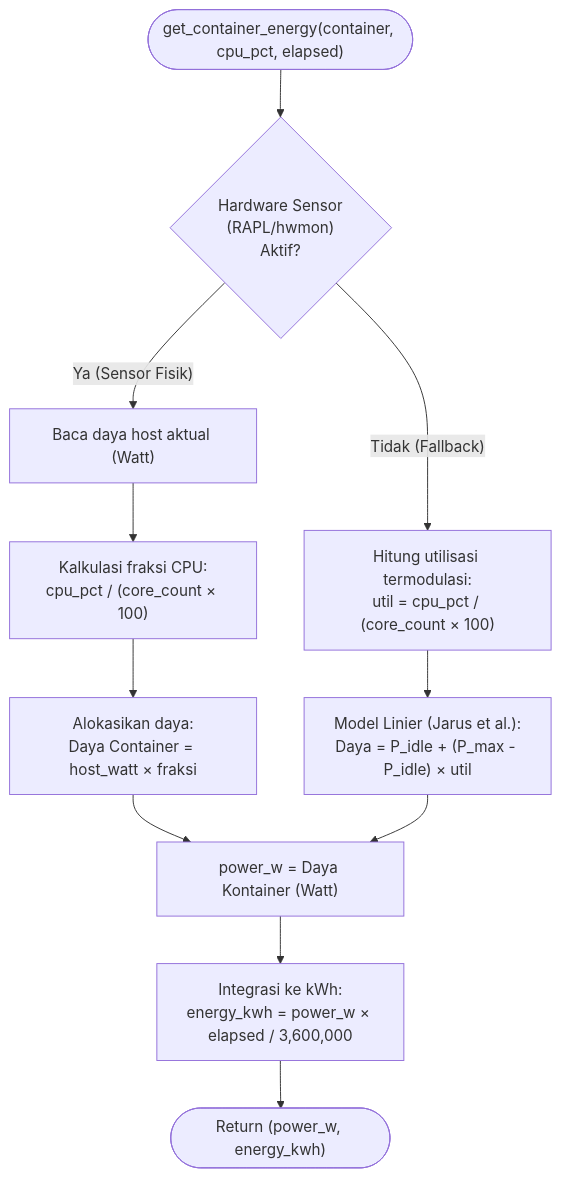
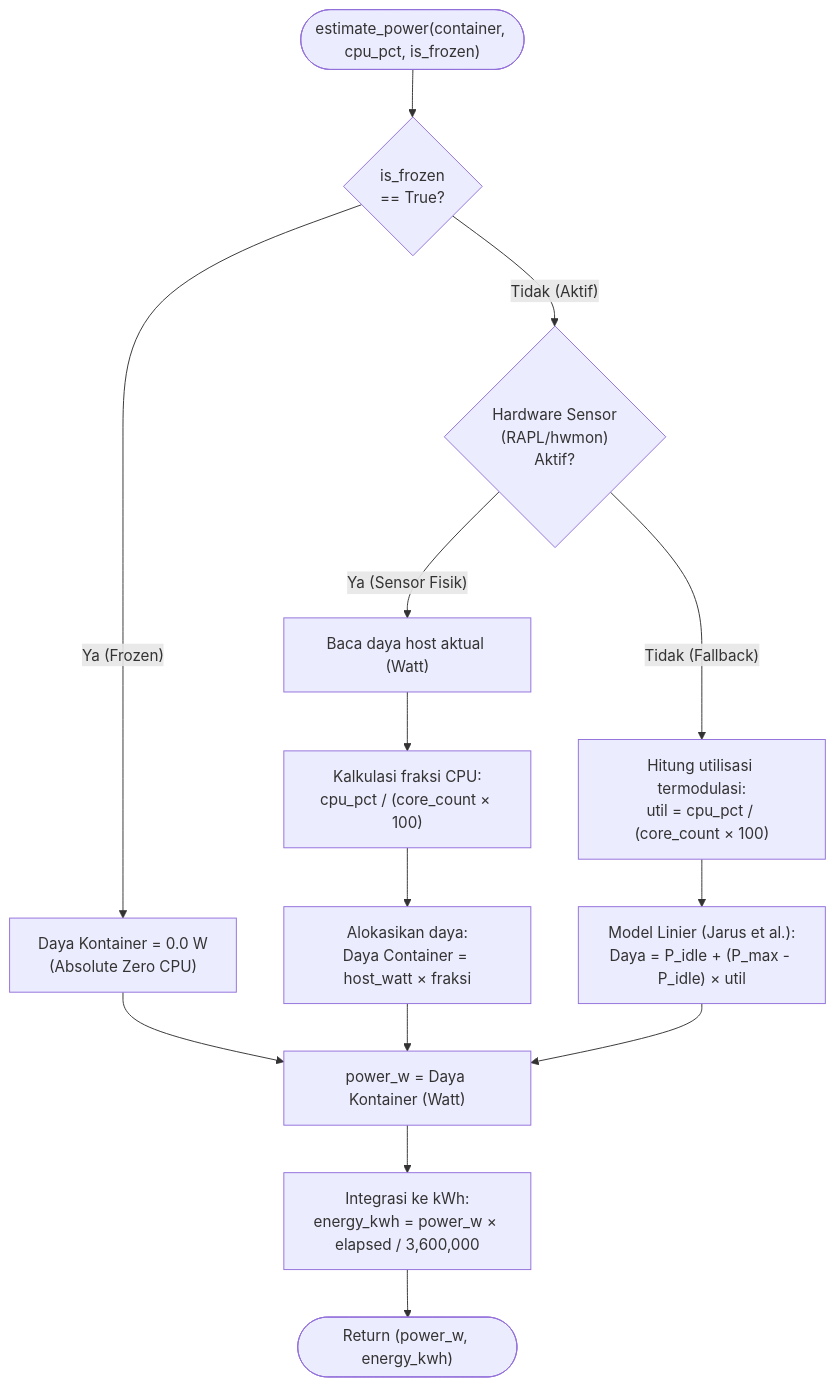
One commit to fauzanreza/green-container-framework changed the first of 2 diagrams in architecture-diagrams/supplementary/01_energy_estimator.md. Above: the diagram before and after it, drawn with Mermaid. The commit also changed other lines of this file and 51 other files, not shown here.

````diff
--- a/architecture-diagrams/supplementary/01_energy_estimator.md
+++ b/architecture-diagrams/supplementary/01_energy_estimator.md
@@ -9,31 +9,39 @@
 ```mermaid
 flowchart TD
-    START(["get_container_energy(container, cpu_pct, elapsed)"])
+    START(["estimate_power(container, cpu_pct, is_frozen)"])
+
+    FROZEN_CHECK{"is_frozen<br/>== True?"}
+    ZERO_WATT["Daya Kontainer = 0.0 W<br/>(Absolute Zero CPU)"]
 
     HW_CHECK{"Hardware Sensor<br/>(RAPL/hwmon)<br/>Aktif?"}
     HW_TOTAL["Baca daya host aktual (Watt)"]
     HW_FRAC["Kalkulasi fraksi CPU:<br/>cpu_pct / (core_count × 100)"]
     HW_ALLOC["Alokasikan daya:<br/>Daya Container = host_watt × fraksi"]
 
     SW_UTIL["Hitung utilisasi termodulasi:<br/>util = cpu_pct / (core_count × 100)"]
     SW_MODEL["Model Linier (Jarus et al.):<br/>Daya = P_idle + (P_max - P_idle) × util"]
 
     POWER_RES["power_w = Daya Kontainer (Watt)"]
 
     CALC_ENERGY["Integrasi ke kWh:<br/>energy_kwh = power_w × elapsed / 3,600,000"]
 
     RETURN(["Return (power_w, energy_kwh)"])
 
-    START --> HW_CHECK
+    START --> FROZEN_CHECK
+    FROZEN_CHECK -->|"Ya (Frozen)"| ZERO_WATT
+    ZERO_WATT --> POWER_RES
+    
+    FROZEN_CHECK -->|"Tidak (Aktif)"| HW_CHECK
+    
     HW_CHECK -->|"Ya (Sensor Fisik)"| HW_TOTAL
     HW_TOTAL --> HW_FRAC
     HW_FRAC --> HW_ALLOC
     HW_ALLOC --> POWER_RES
 
     HW_CHECK -->|"Tidak (Fallback)"| SW_UTIL
     SW_UTIL --> SW_MODEL
     SW_MODEL --> POWER_RES
 
     POWER_RES --> CALC_ENERGY
     CALC_ENERGY --> RETURN
 ```
````
